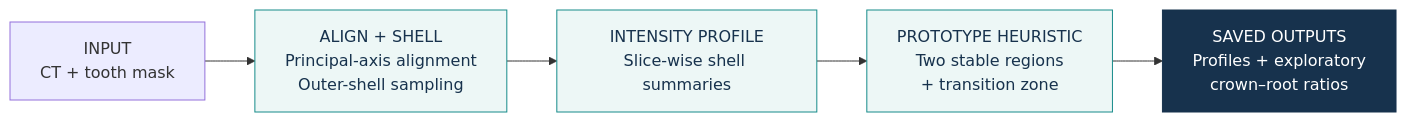
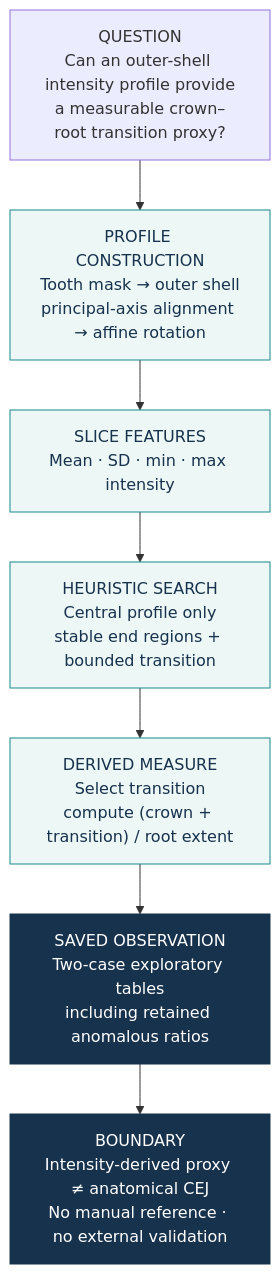
Before and after one commit to trungnb/Crown-Root-Transition-Morphometrics: the diagram in README.md, drawn with Mermaid. The commit also changed other lines of this file, not shown here.

Commit message:
docs: expose morphometrics heuristic and reproducibility boundary

````diff
--- a/README.md
+++ b/README.md
@@ -22,12 +22,16 @@
 ```mermaid
-flowchart LR
-    A["INPUT<br/>CT + tooth mask"] --> B["ALIGN + SHELL<br/>Principal-axis alignment<br/>Outer-shell sampling"]
-    B --> C["INTENSITY PROFILE<br/>Slice-wise shell summaries"]
-    C --> D["PROTOTYPE HEURISTIC<br/>Two stable regions<br/>+ transition zone"]
-    D --> E["SAVED OUTPUTS<br/>Profiles + exploratory<br/>crown–root ratios"]
+flowchart TD
+    A["QUESTION<br/>Can an outer-shell intensity profile provide<br/>a measurable crown–root transition proxy?"]
+    --> B["PROFILE CONSTRUCTION<br/>Tooth mask → outer shell<br/>principal-axis alignment → affine rotation"]
+    --> C["SLICE FEATURES<br/>Mean · SD · min · max intensity"]
+
+    C --> D["HEURISTIC SEARCH<br/>Central profile only<br/>stable end regions + bounded transition"]
+    D --> E["DERIVED MEASURE<br/>Select transition<br/>compute (crown + transition) / root extent"]
+    E --> F["SAVED OBSERVATION<br/>Two-case exploratory tables<br/>including retained anomalous ratios"]
+    F --> G["BOUNDARY<br/>Intensity-derived proxy ≠ anatomical CEJ<br/>No manual reference · no external validation"]
 
     classDef method fill:#EDF7F6,stroke:#168B8A,color:#17324D
     classDef result fill:#17324D,stroke:#17324D,color:#FFFFFF
-    class B,C,D method
-    class E result
+    class B,C,D,E method
+    class F,G result
 ```
````
